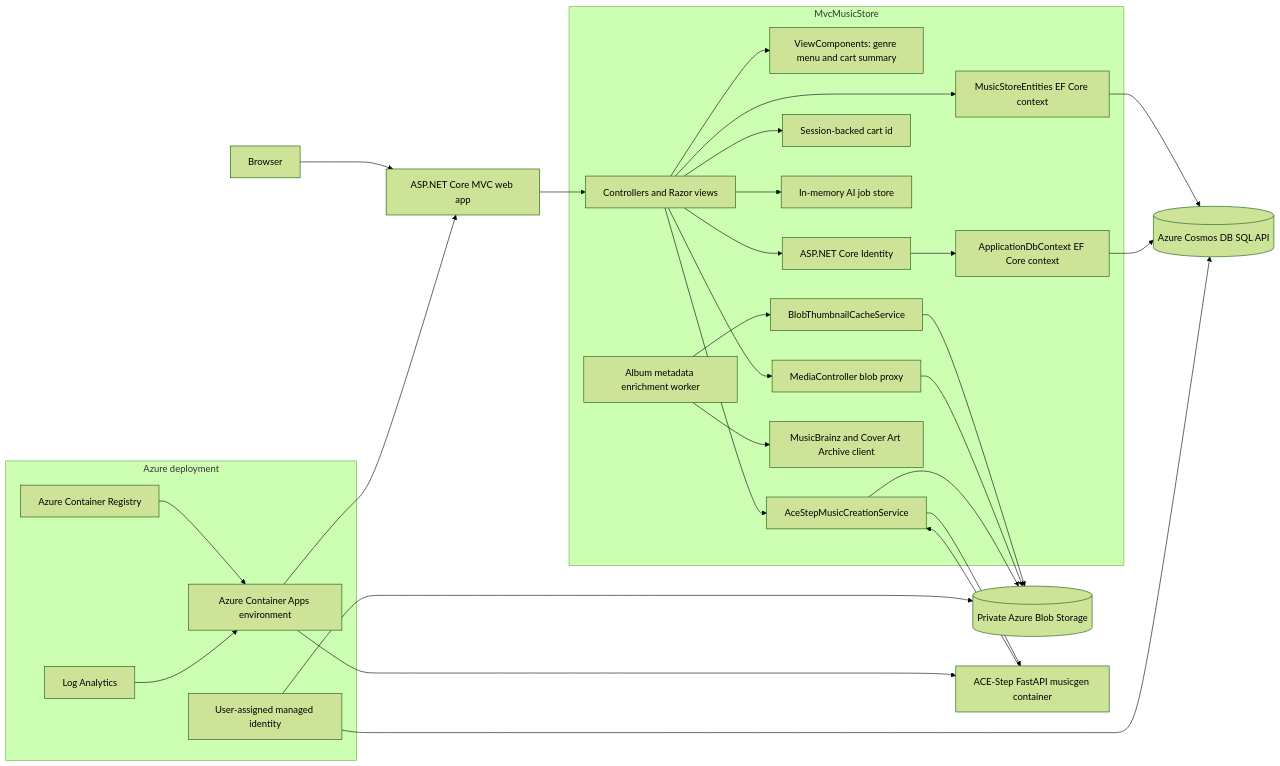
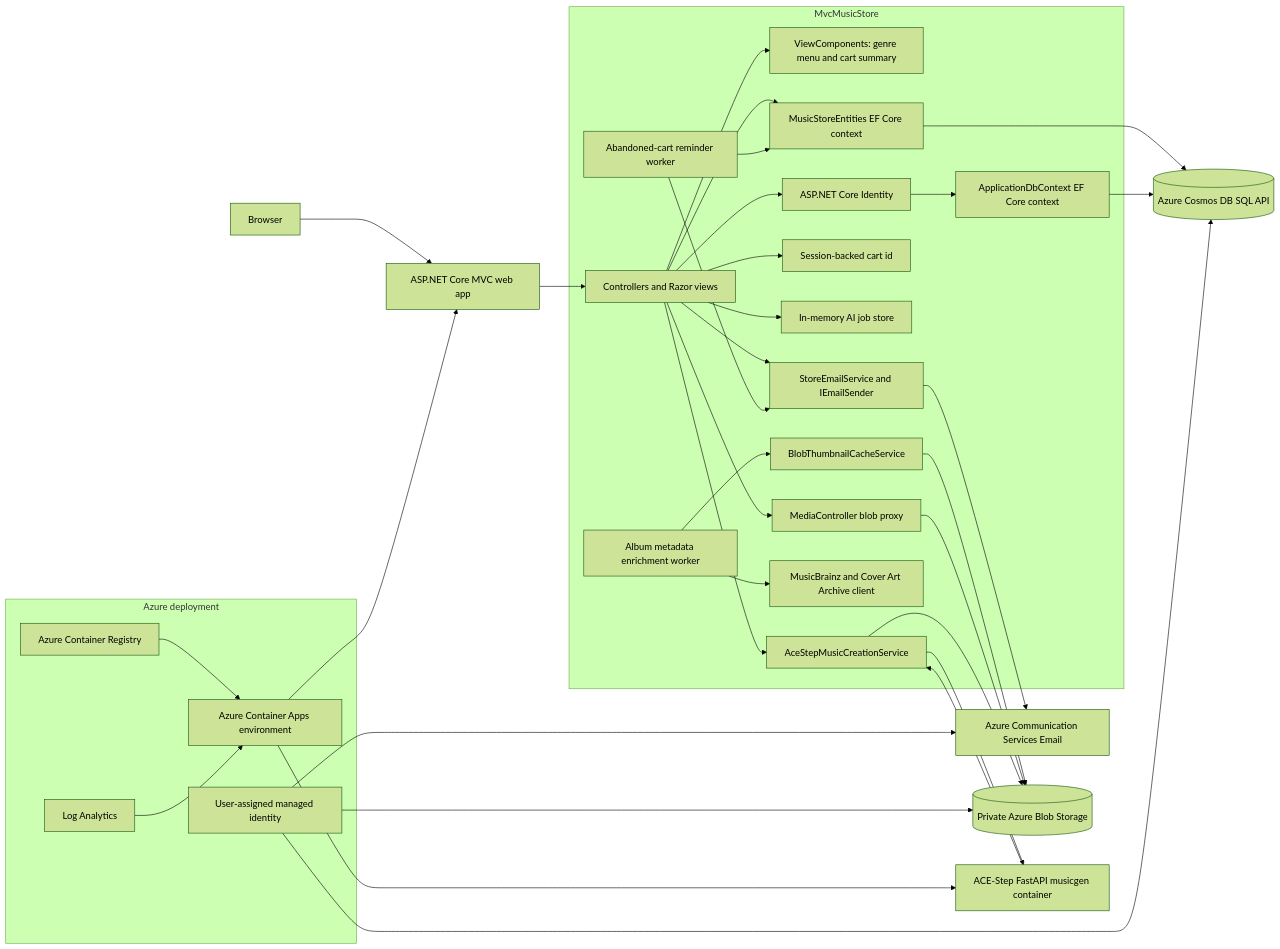
Before and after one commit to pakbaz/MusicStore: the diagram in README.md, drawn with Mermaid (forest theme). The commit also changed other lines of this file and 22 other files, not shown here.

First line of the commit message:
Add abandoned-cart recovery and transactional/marketing email

````diff
--- a/README.md
+++ b/README.md
@@ -25,53 +25,60 @@
 ```mermaid
 flowchart LR
     Browser[Browser] --> Web[ASP.NET Core MVC web app]
 
     subgraph WebApp[MvcMusicStore]
         Controllers[Controllers and Razor views]
         Components[ViewComponents: genre menu and cart summary]
         Identity[ASP.NET Core Identity]
         StoreDb[MusicStoreEntities EF Core context]
         IdentityDb[ApplicationDbContext EF Core context]
         Session[Session-backed cart id]
         JobStore[In-memory AI job store]
         MetadataWorker[Album metadata enrichment worker]
         MediaProxy[MediaController blob proxy]
         AiService[AceStepMusicCreationService]
         ThumbnailCache[BlobThumbnailCacheService]
         MusicBrainz[MusicBrainz and Cover Art Archive client]
+        StoreEmail[StoreEmailService and IEmailSender]
+        CartReminder[Abandoned-cart reminder worker]
     end
 
     Web --> Controllers
     Controllers --> Components
     Controllers --> StoreDb
     Controllers --> Identity
     Identity --> IdentityDb
     Controllers --> Session
     Controllers --> JobStore
     Controllers --> AiService
     Controllers --> MediaProxy
     MetadataWorker --> MusicBrainz
     MetadataWorker --> ThumbnailCache
+    Controllers --> StoreEmail
+    CartReminder --> StoreEmail
+    CartReminder --> StoreDb
+    StoreEmail --> Acs[Azure Communication Services Email]
 
     StoreDb --> Cosmos[(Azure Cosmos DB SQL API)]
     IdentityDb --> Cosmos
     ThumbnailCache --> Blob[(Private Azure Blob Storage)]
     MediaProxy --> Blob
     AiService --> MusicGen[ACE-Step FastAPI musicgen container]
     MusicGen --> AiService
     AiService --> Blob
 
     subgraph Azure[Azure deployment]
         ACA[Azure Container Apps environment]
         ACR[Azure Container Registry]
         MI[User-assigned managed identity]
         Logs[Log Analytics]
     end
 
     ACR --> ACA
     ACA --> Web
     ACA --> MusicGen
     MI --> Cosmos
     MI --> Blob
+    MI --> Acs
     Logs --> ACA
 ```
````
